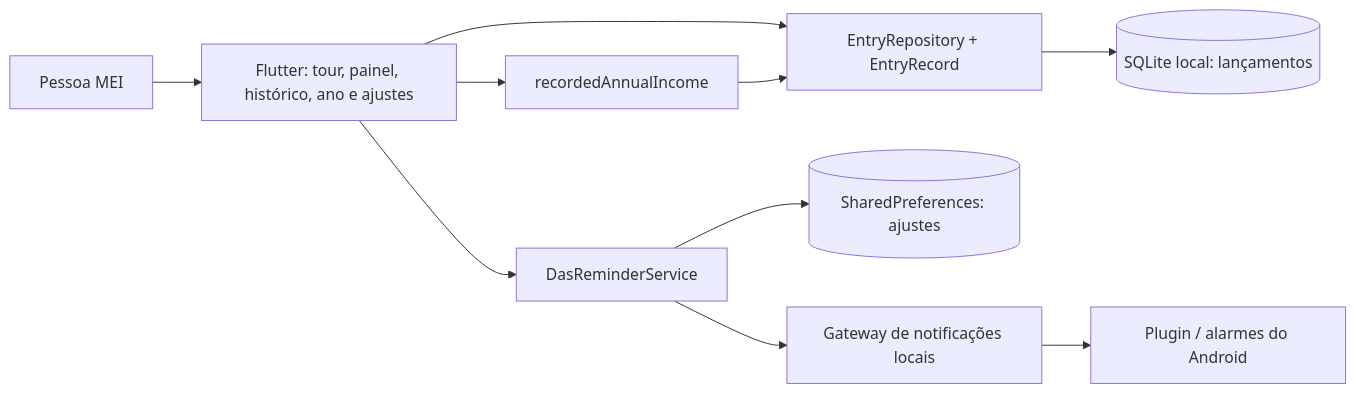
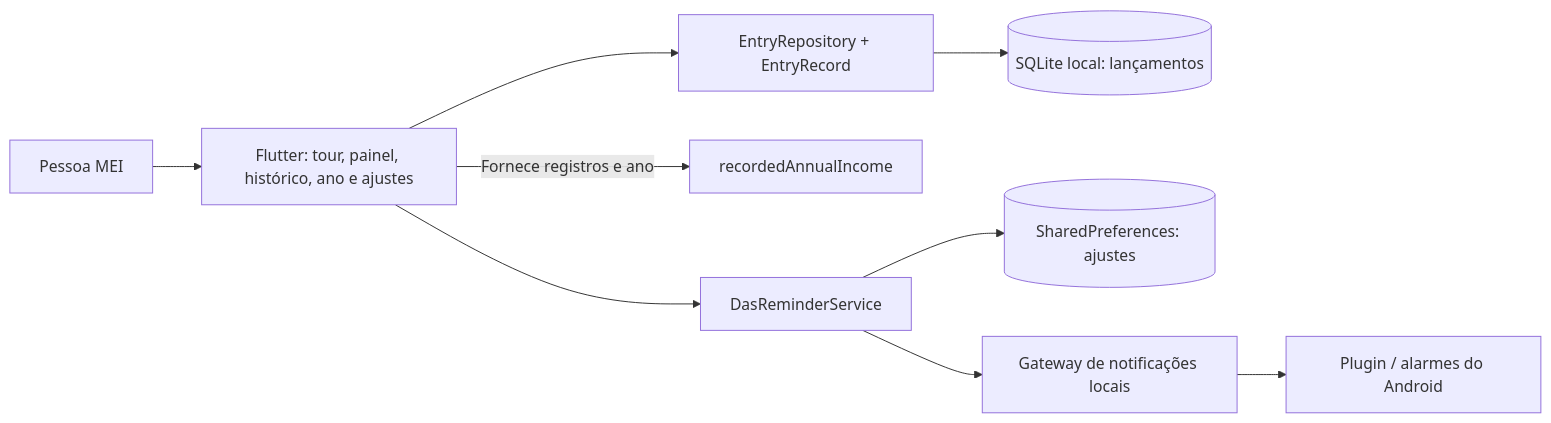
One commit to Isaqueodev/NotaMei changed the diagram in docs/hermes/REQUISITOS-ARQUITETURA.md. Above: the diagram before and after it, drawn with Mermaid. The commit also changed other lines of this file and 42 other files, not shown here.

````diff
--- a/docs/hermes/REQUISITOS-ARQUITETURA.md
+++ b/docs/hermes/REQUISITOS-ARQUITETURA.md
@@ -42,12 +42,11 @@
 ```mermaid
 flowchart LR
   P[Pessoa MEI] --> UI[Flutter: tour, painel, histórico, ano e ajustes]
   UI --> R[EntryRepository + EntryRecord]
   R --> DB[(SQLite local: lançamentos)]
-  UI --> ANO[recordedAnnualIncome]
-  ANO --> R
+  UI -->|Fornece registros e ano| ANO[recordedAnnualIncome]
   UI --> S[DasReminderService]
   S --> PREF[(SharedPreferences: ajustes)]
   S --> G[Gateway de notificações locais]
   G --> ANDROID[Plugin / alarmes do Android]
 ```
````
